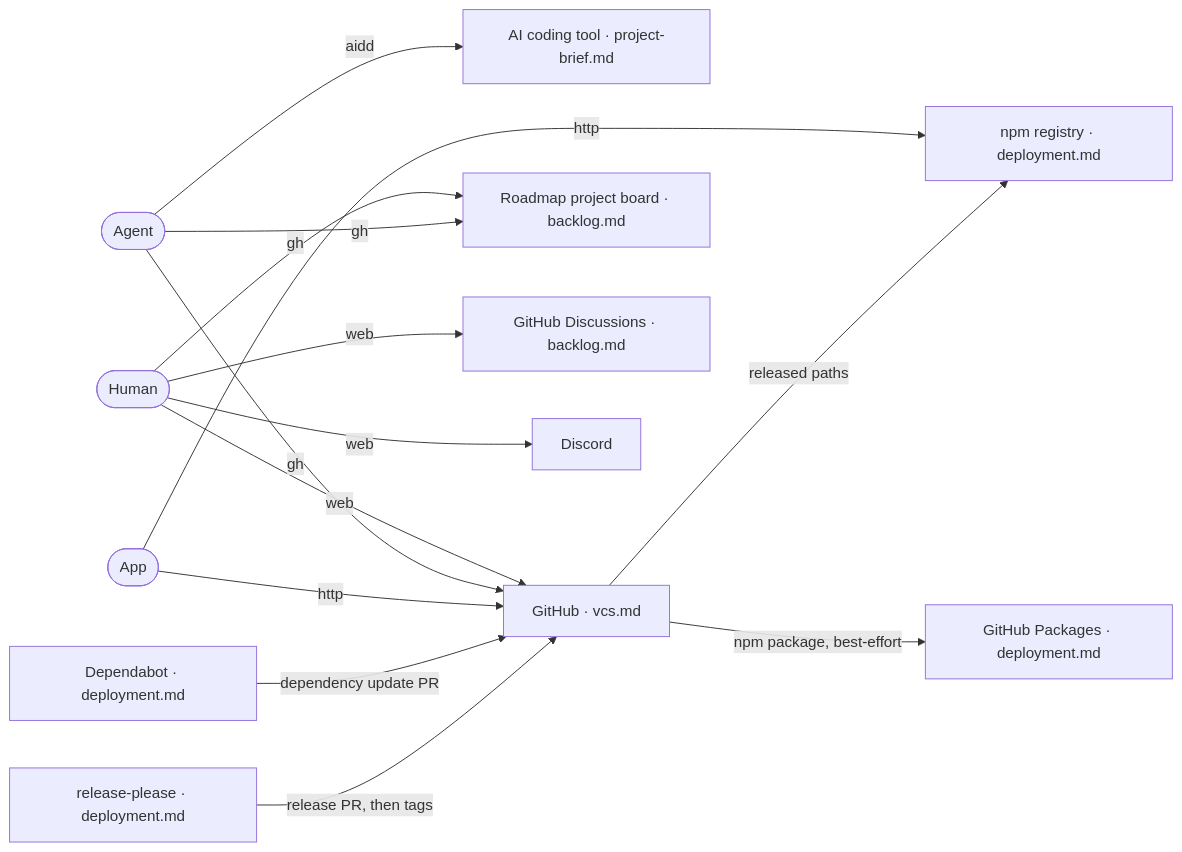
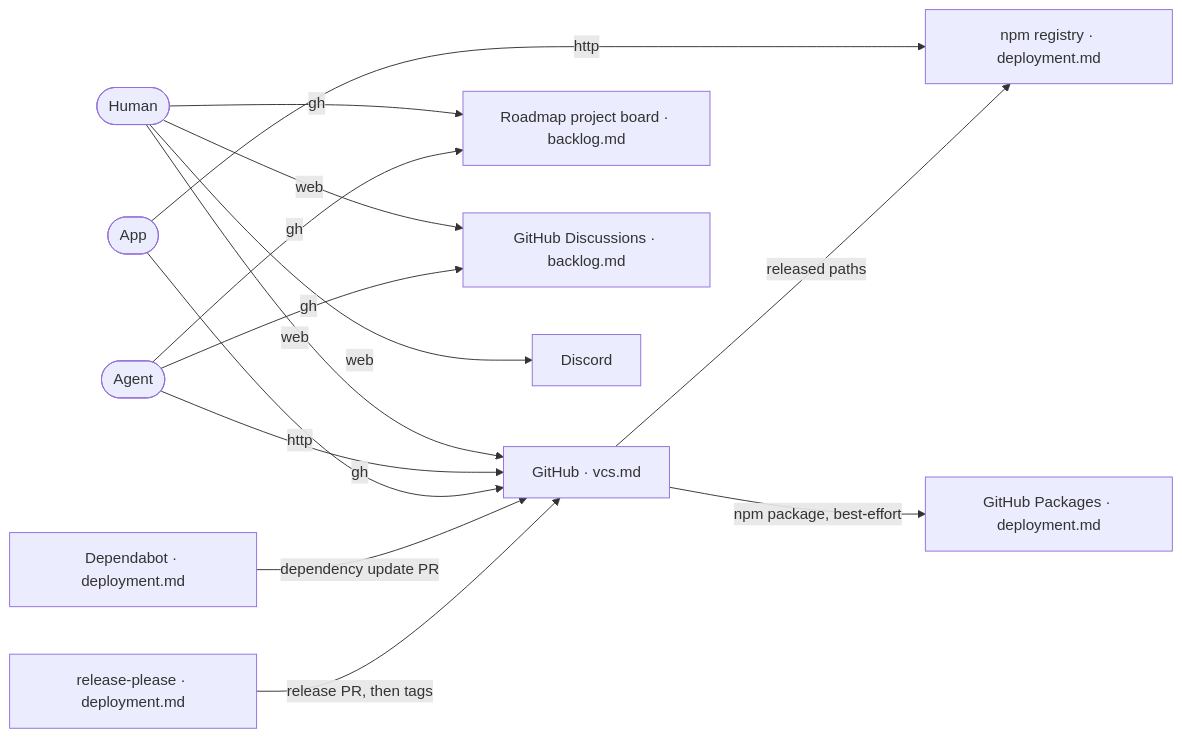
The diagram in aidd_docs/memory/ecosystem.md (ai-driven-dev/framework), drawn with Mermaid before and after one commit. The commit also changed 4 other files, not shown here.

````diff
--- a/aidd_docs/memory/ecosystem.md
+++ b/aidd_docs/memory/ecosystem.md
@@ -3,30 +3,29 @@
 ```mermaid
 flowchart LR
   Human([Human])
   Agent([Agent])
   App([App])
-  Tool["AI coding tool · project-brief.md"]
   GitHub["GitHub · vcs.md"]
   Board["Roadmap project board · backlog.md"]
   Discussions["GitHub Discussions · backlog.md"]
   Npm["npm registry · deployment.md"]
   Packages["GitHub Packages · deployment.md"]
   Discord["Discord"]
   ReleasePlease["release-please · deployment.md"]
   Dependabot["Dependabot · deployment.md"]
 
   Human -- web --> GitHub
   Human -- gh --> Board
   Human -- web --> Discussions
   Human -- web --> Discord
   Agent -- gh --> GitHub
   Agent -- gh --> Board
-  Agent -- aidd --> Tool
+  Agent -- gh --> Discussions
   App -- http --> GitHub
   App -- http --> Npm
 
   Dependabot -- "dependency update PR" --> GitHub
   ReleasePlease -- "release PR, then tags" --> GitHub
   GitHub -- "released paths" --> Npm
   GitHub -- "npm package, best-effort" --> Packages
 ```
````
